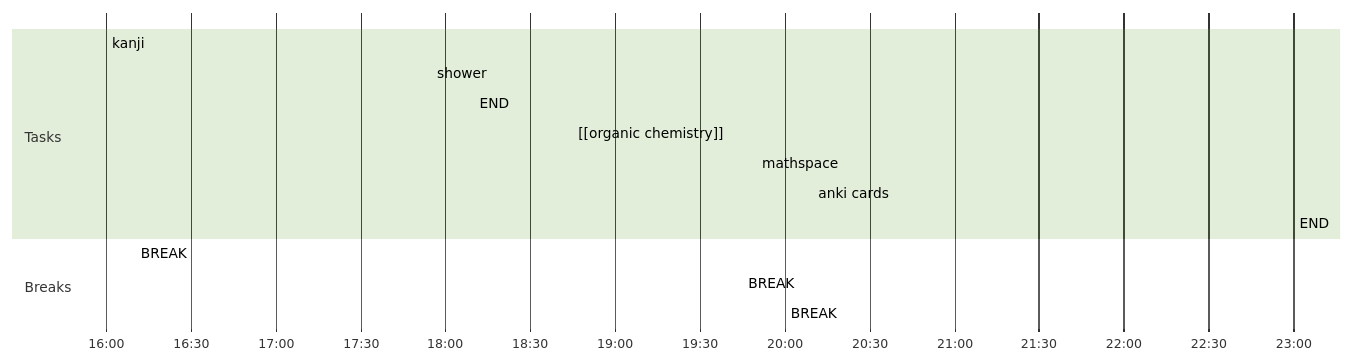
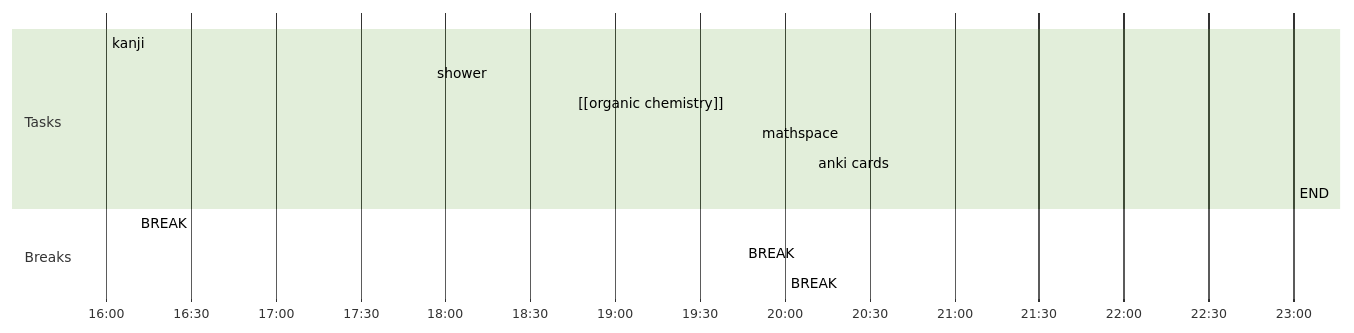
One commit to imlodinu/lodspace changed the diagram in Day Planners/Day Planner-20230719.md. Above: the diagram before and after it, drawn with Mermaid (forest theme). The commit also changed other lines of this file and 20 other files, not shown here.

````diff
--- a/Day Planners/Day Planner-20230719.md
+++ b/Day Planners/Day Planner-20230719.md
@@ -2,18 +2,17 @@
 ```mermaid
 gantt
     dateFormat  HH-mm
     axisFormat %H:%M
-    %% Current Time: 9:46:13 PM
+    %% Current Time: 11:59:12 PM
     section Tasks
     kanji     :16-00, 10mm
-    shower     :17-55, 15mm
-    END     :18-10, 35mm
+    shower     :17-55, 50mm
     [[organic chemistry]]     :18-45, 60mm
     mathspace     :19-50, 10mm
     anki cards     :20-10, 170mm
     END     :23-00, 0mm
     section Breaks
     BREAK     :16-10, 105mm
     BREAK     :19-45, 5mm
     BREAK     :20-00, 10mm
 ```
````
